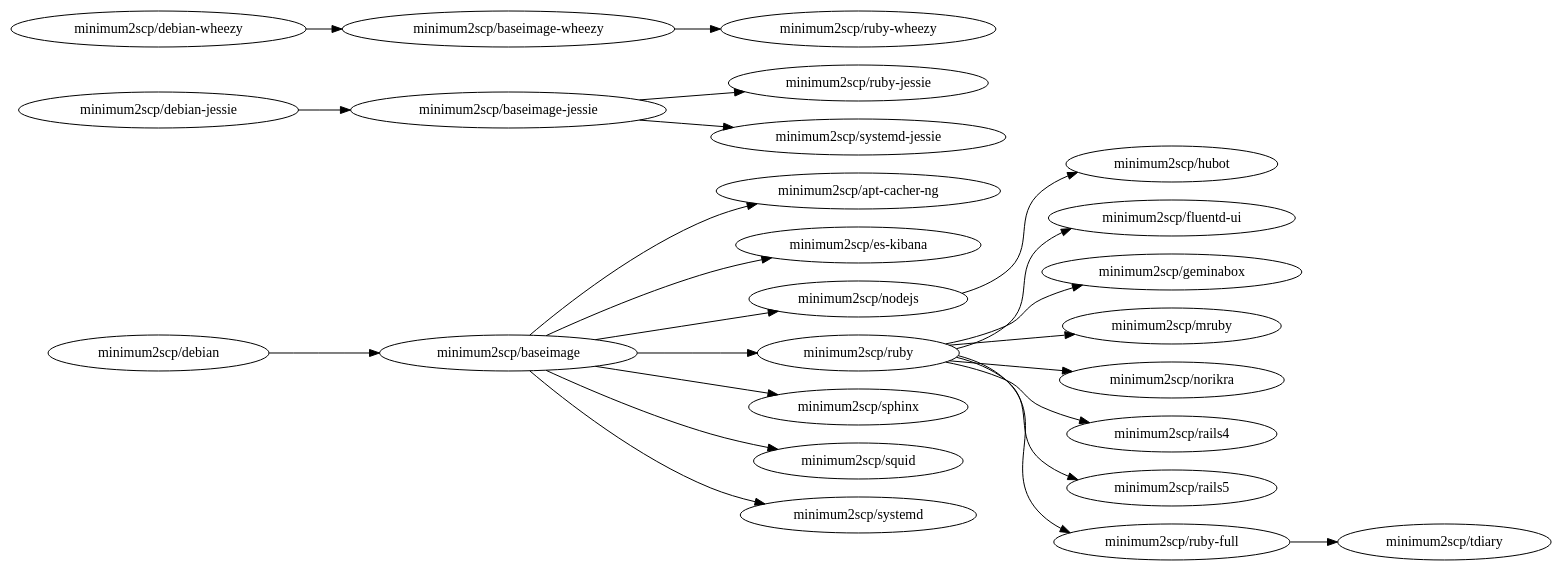
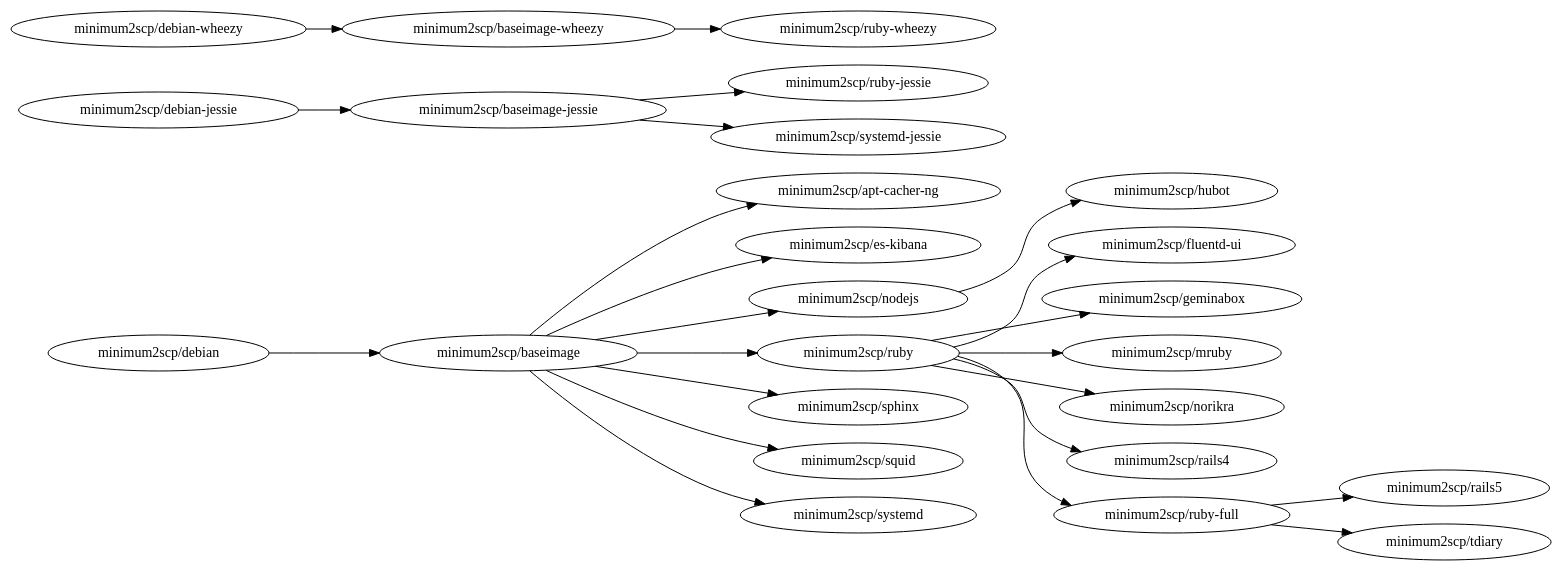
One commit to minimum2scp/dockerfiles changed the diagram in deps.dot. Above: the diagram before and after it, drawn with Graphviz. The commit also changed 2 other files, not shown here.

Commit message:
rails5: use ruby-full image

```diff
--- a/deps.dot
+++ b/deps.dot
@@ -1,43 +1,43 @@
 digraph deps {
   graph        [rankdir = "LR"];
   ratio = auto;
 
 
   acng              [label = "minimum2scp/apt-cacher-ng"];
   baseimage         [label = "minimum2scp/baseimage"];
   baseimage_jessie  [label = "minimum2scp/baseimage-jessie"];
   baseimage_wheezy  [label = "minimum2scp/baseimage-wheezy"];
   debian            [label = "minimum2scp/debian"];
   debian_jessie     [label = "minimum2scp/debian-jessie"];
   debian_wheezy     [label = "minimum2scp/debian-wheezy"];
   es_kibana         [label = "minimum2scp/es-kibana"];
   fluentd_ui        [label = "minimum2scp/fluentd-ui"];
   geminabox         [label = "minimum2scp/geminabox"];
   hubot             [label = "minimum2scp/hubot"];
   mruby             [label = "minimum2scp/mruby"];
   nodejs            [label = "minimum2scp/nodejs"];
   norikra           [label = "minimum2scp/norikra"];
   rails4            [label = "minimum2scp/rails4"];
   rails5            [label = "minimum2scp/rails5"];
   ruby              [label = "minimum2scp/ruby"];
   ruby_full         [label = "minimum2scp/ruby-full"];
   ruby_jessie       [label = "minimum2scp/ruby-jessie"];
   ruby_wheezy       [label = "minimum2scp/ruby-wheezy"];
   sphinx            [label = "minimum2scp/sphinx"];
   squid             [label = "minimum2scp/squid"];
   systemd           [label = "minimum2scp/systemd"];
   systemd_jessie    [label = "minimum2scp/systemd-jessie"];
   tdiary            [label = "minimum2scp/tdiary"];
 
   debian    -> baseimage;
   baseimage -> {acng, es_kibana, nodejs, ruby, sphinx, squid, systemd};
-  ruby      -> {fluentd_ui, geminabox, mruby, norikra, rails4, rails5, ruby_full};
-  ruby_full -> {tdiary};
+  ruby      -> {fluentd_ui, geminabox, mruby, norikra, rails4, ruby_full};
+  ruby_full -> {rails5, tdiary};
   nodejs    -> {hubot};
 
   debian_jessie    -> baseimage_jessie;
   baseimage_jessie -> {systemd_jessie, ruby_jessie};
 
   debian_wheezy    -> baseimage_wheezy;
   baseimage_wheezy -> ruby_wheezy;
 }
```
